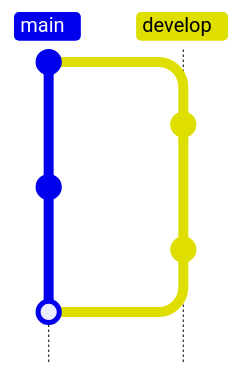
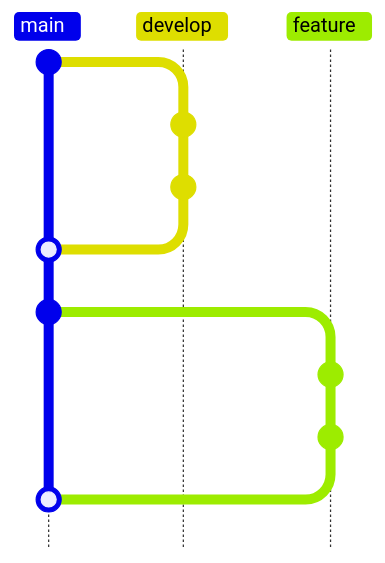
The second of 5 diagrams in examples/gitgraph-vertical.md (hodorii/dg), drawn with Mermaid before and after one commit. The commit also changed other lines of this file and 9 other files, not shown here. Commit ids are hidden.

````diff
--- a/examples/gitgraph-vertical.md
+++ b/examples/gitgraph-vertical.md
@@ -13,13 +39,17 @@
 ```mermaid
 gitGraph TB:
     commit id: "init"
     branch develop
     checkout develop
-    commit id: "feature-a"
-    checkout main
-    commit id: "hotfix"
-    checkout develop
-    commit id: "feature-b"
+    commit id: "update"
+    commit id: "fix"
     checkout main
     merge develop
+    commit "merge develop"
+    branch feature
+    checkout feature
+    commit "feature/1"
+    commit "tested"
+    checkout main
+    merge feature
 ```
````
